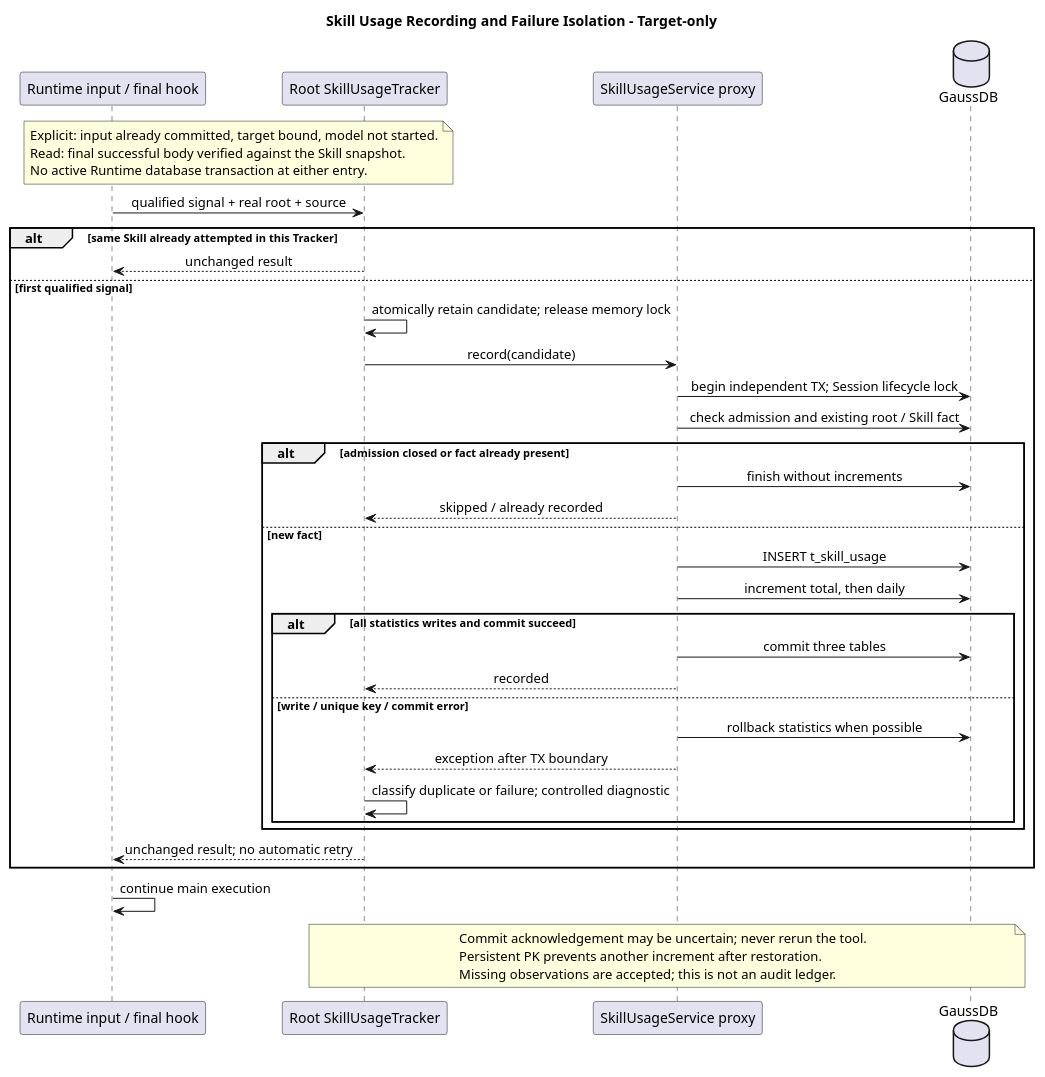
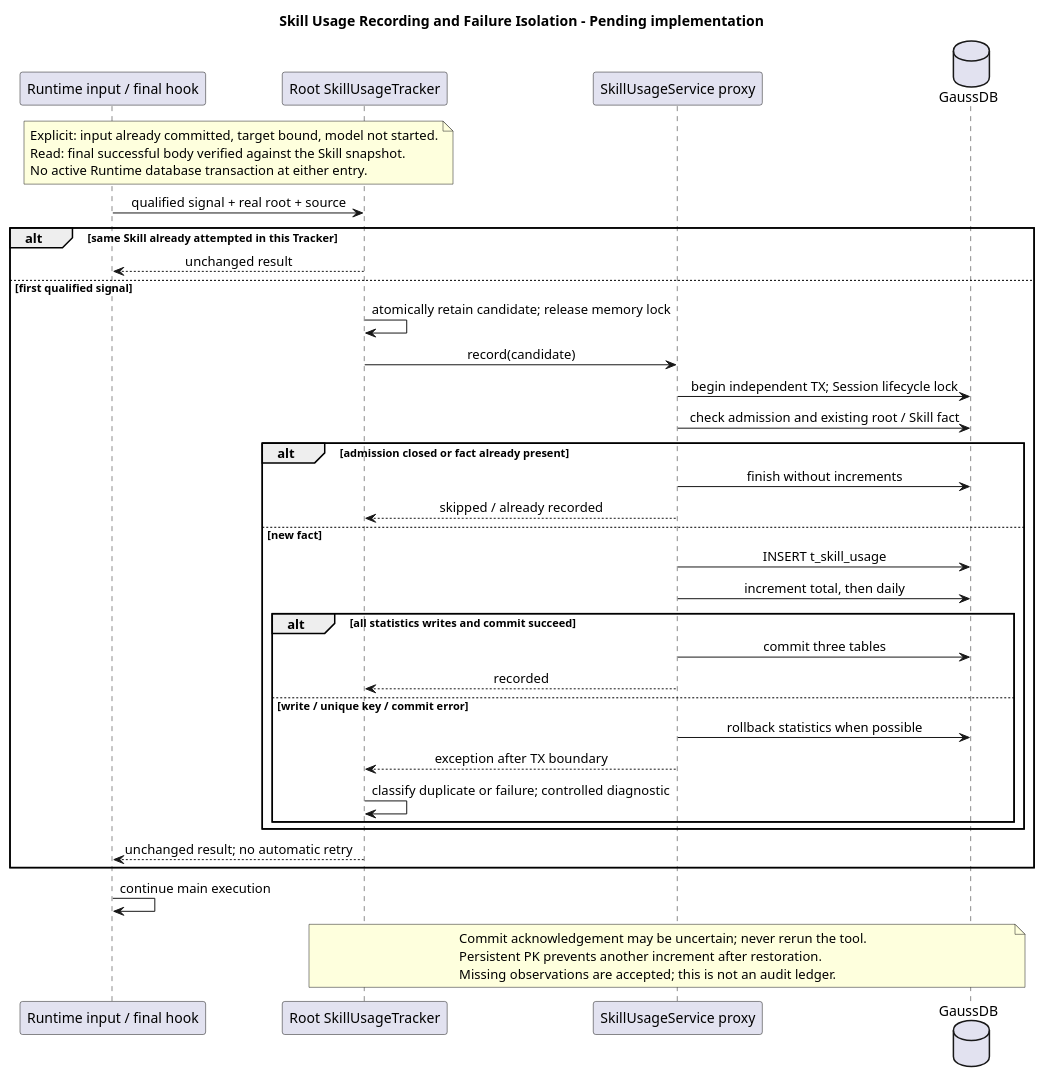
One commit to ssm0808/pi-mono-java-design changed the second of 2 diagrams in 04-命令与技能/03-Skill加载统计/diagram.puml. Above: the diagram before and after it, drawn with PlantUML. The commit also changed other lines of this file and 182 other files, not shown here.

```diff
--- a/04-命令与技能/03-Skill加载统计/diagram.puml
+++ b/04-命令与技能/03-Skill加载统计/diagram.puml
@@ -90,53 +90,53 @@
 @startuml skill_usage_record
 ' Source evidence: Java f61906b9136246ca60f333704b6fc92b5420d0ec modules/coding-agent-cli/src/main/java/com/campusclaw/codingagent/runtimeapi/event/RuntimeMessageEventService.java startAccepted
 ' Source evidence: modules/agent-core/src/main/java/com/campusclaw/agent/tool/ToolExecutionPipeline.java execute/applyAfterHook
 ' Source evidence: Codex d58d0e5841e0de08e251673db2d5af8cf3a1ad51 codex-rs/analytics/src/client.rs AnalyticsEventsQueue.try_send
 ' Observed behavior: hook failures can become tool failures; Codex analytics can drop signals.
 ' Design reason: catch outside the statistics transaction and retain one fact per root and Skill.
-' Java divergence: bounded synchronous recording is target-only, not the Codex queue pipeline.
-title Skill Usage Recording and Failure Isolation - Target-only
+' Java divergence: bounded synchronous recording is pending implementation, not the Codex queue pipeline.
+title Skill Usage Recording and Failure Isolation - Pending implementation
 skinparam shadowing false
 skinparam backgroundColor #FFFFFF
 skinparam defaultFontName SansSerif
 skinparam sequenceMessageAlign center
 participant "Runtime input / final hook" as R
 participant "Root SkillUsageTracker" as T
 participant "SkillUsageService proxy" as S
 database "GaussDB" as DB
 note over R, T
   Explicit: input already committed, target bound, model not started.
   Read: final successful body verified against the Skill snapshot.
   No active Runtime database transaction at either entry.
 end note
 R -> T : qualified signal + real root + source
 alt same Skill already attempted in this Tracker
   T --> R : unchanged result
 else first qualified signal
   T -> T : atomically retain candidate; release memory lock
   T -> S : record(candidate)
   S -> DB : begin independent TX; Session lifecycle lock
   S -> DB : check admission and existing root / Skill fact
   alt admission closed or fact already present
     S -> DB : finish without increments
     S --> T : skipped / already recorded
   else new fact
     S -> DB : INSERT t_skill_usage
     S -> DB : increment total, then daily
     alt all statistics writes and commit succeed
       S -> DB : commit three tables
       S --> T : recorded
     else write / unique key / commit error
       S -> DB : rollback statistics when possible
       S --> T : exception after TX boundary
       T -> T : classify duplicate or failure; controlled diagnostic
     end
   end
   T --> R : unchanged result; no automatic retry
 end
 R -> R : continue main execution
 note over T, DB
   Commit acknowledgement may be uncertain; never rerun the tool.
   Persistent PK prevents another increment after restoration.
   Missing observations are accepted; this is not an audit ledger.
 end note
 @enduml
```
